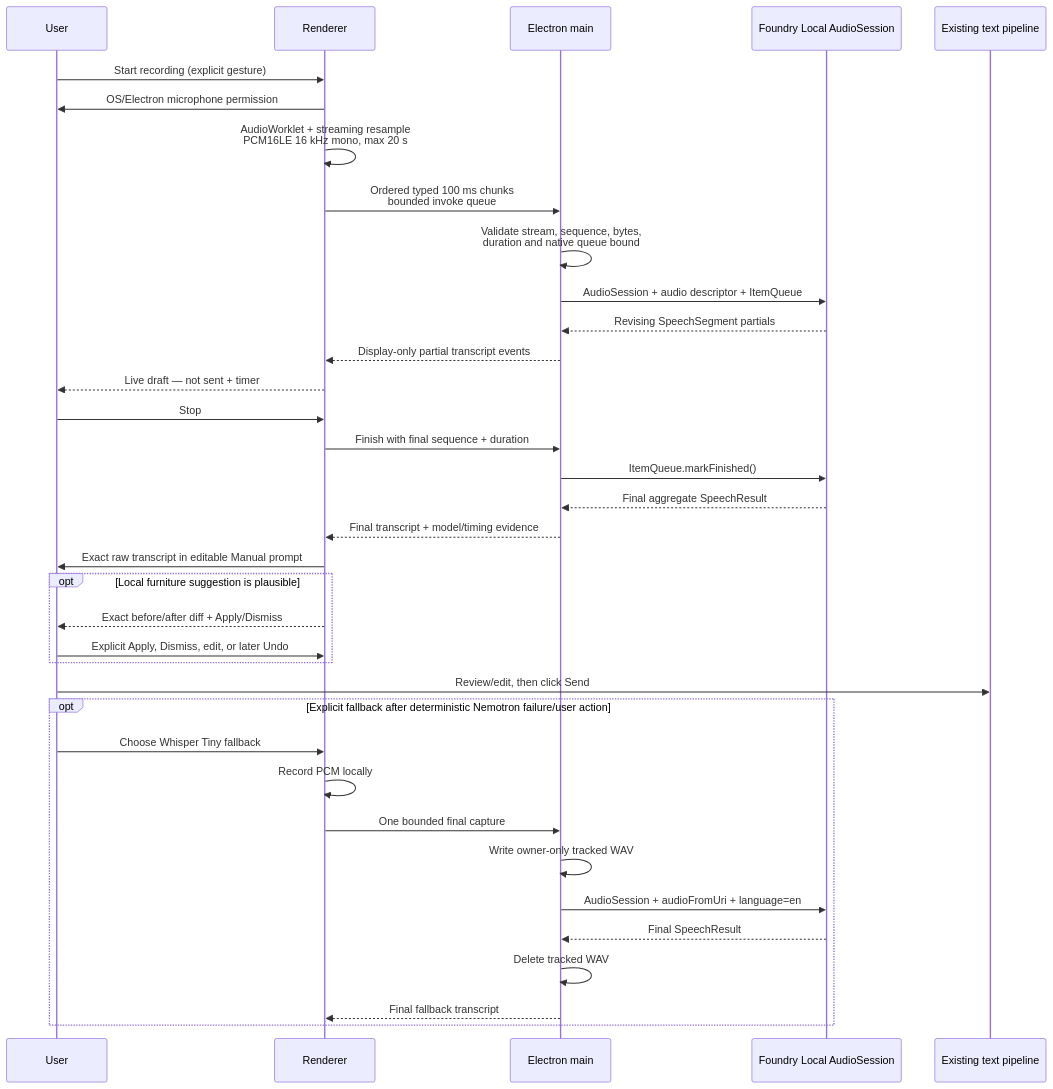
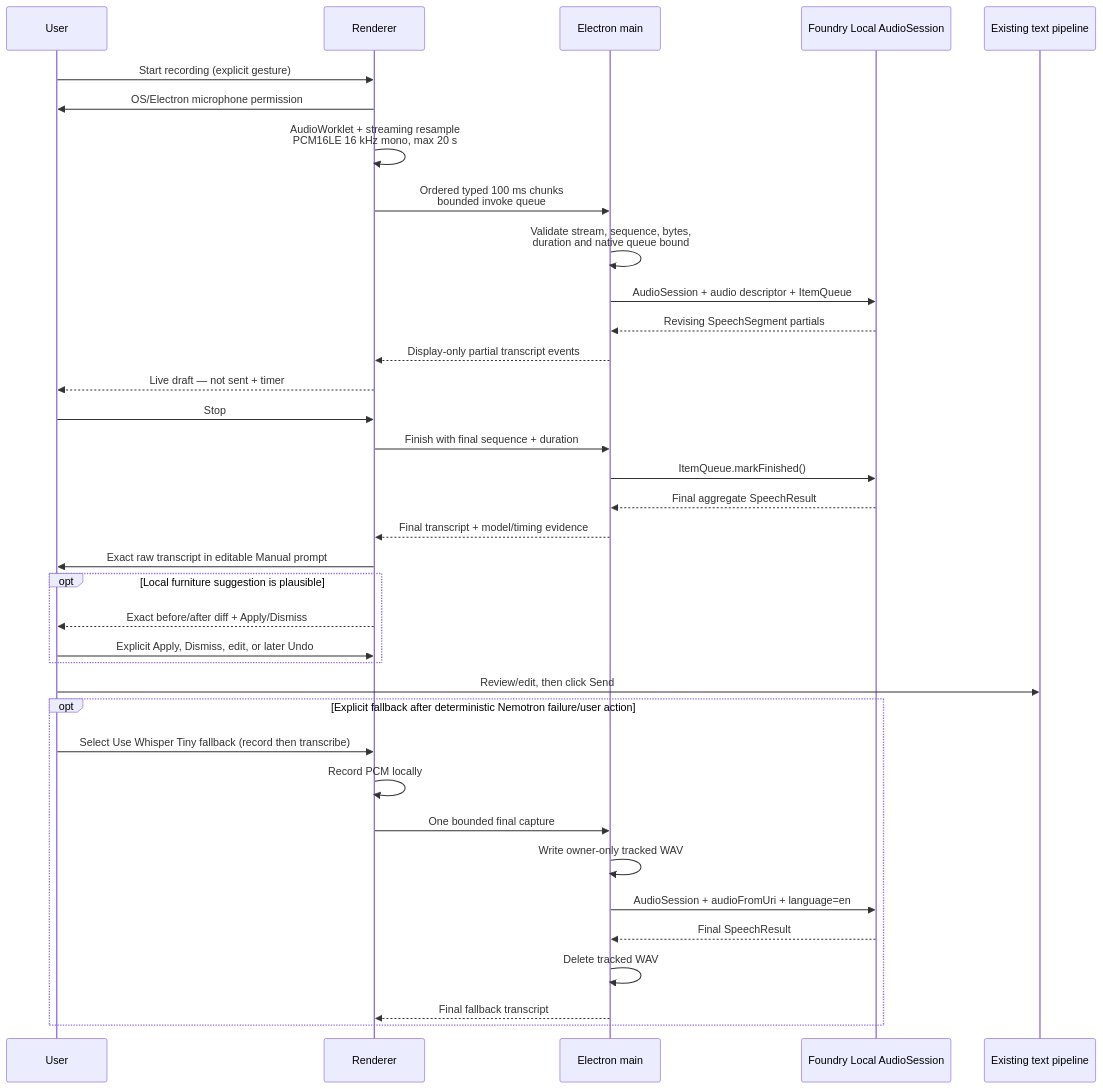
One commit to Wayne-Ch/foundry-local-new-home-app changed the second of 3 diagrams in ARCHITECTURE.md. Above: the diagram before and after it, drawn with Mermaid. The commit also changed other lines of this file and 5 other files, not shown here.

````diff
--- a/ARCHITECTURE.md
+++ b/ARCHITECTURE.md
@@ -57,40 +57,40 @@
 ```mermaid
 sequenceDiagram
   participant U as User
   participant R as Renderer
   participant M as Electron main
   participant A as Foundry Local AudioSession
   participant T as Existing text pipeline
 
   U->>R: Start recording (explicit gesture)
   R->>U: OS/Electron microphone permission
   R->>R: AudioWorklet + streaming resample<br/>PCM16LE 16 kHz mono, max 20 s
   R->>M: Ordered typed 100 ms chunks<br/>bounded invoke queue
   M->>M: Validate stream, sequence, bytes,<br/>duration and native queue bound
   M->>A: AudioSession + audio descriptor + ItemQueue
   A-->>M: Revising SpeechSegment partials
   M-->>R: Display-only partial transcript events
   R-->>U: Live draft — not sent + timer
   U->>R: Stop
   R->>M: Finish with final sequence + duration
   M->>A: ItemQueue.markFinished()
   A-->>M: Final aggregate SpeechResult
   M-->>R: Final transcript + model/timing evidence
   R->>U: Exact raw transcript in editable Manual prompt
   opt Local furniture suggestion is plausible
     R-->>U: Exact before/after diff + Apply/Dismiss
     U->>R: Explicit Apply, Dismiss, edit, or later Undo
   end
   U->>T: Review/edit, then click Send
 
   opt Explicit fallback after deterministic Nemotron failure/user action
-    U->>R: Choose Whisper Tiny fallback
+    U->>R: Select Use Whisper Tiny fallback (record then transcribe)
     R->>R: Record PCM locally
     R->>M: One bounded final capture
     M->>M: Write owner-only tracked WAV
     M->>A: AudioSession + audioFromUri + language=en
     A-->>M: Final SpeechResult
     M->>M: Delete tracked WAV
     M-->>R: Final fallback transcript
   end
 ```
````
